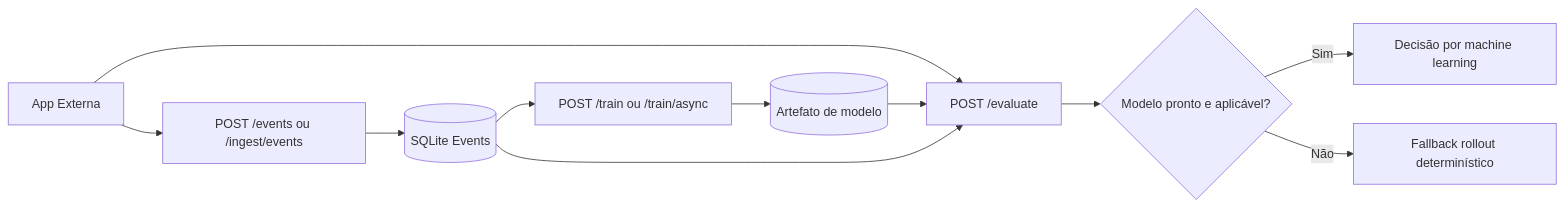
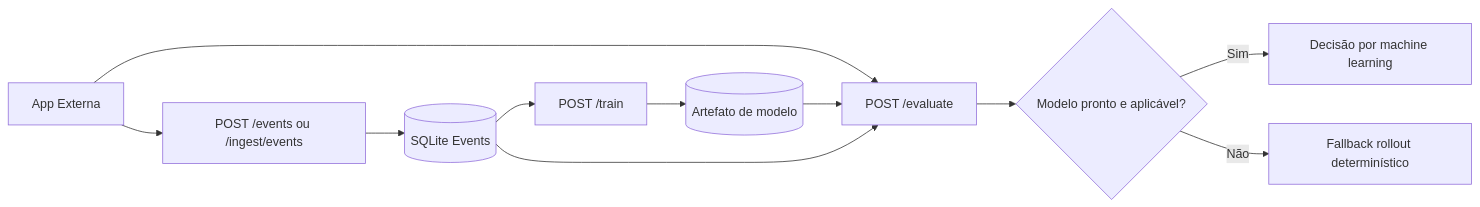
The diagram in docs/architecture/system-overview.md (MariaCarolinass/adaptive-feature-flags), drawn with Mermaid before and after one commit. The commit also changed other lines of this file and 12 other files, not shown here.

````diff
--- a/docs/architecture/system-overview.md
+++ b/docs/architecture/system-overview.md
@@ -28,13 +28,13 @@
 ```mermaid
 flowchart LR
     A[App Externa] --> B[POST /events ou /ingest/events]
     B --> C[(SQLite Events)]
-    C --> D[POST /train ou /train/async]
+    C --> D[POST /train]
     D --> E[(Artefato de modelo)]
     A --> F[POST /evaluate]
     E --> F
     C --> F
     F --> G{Modelo pronto e aplicável?}
     G -- Sim --> H[Decisão por machine learning]
     G -- Não --> I[Fallback rollout determinístico]
 ```
````
